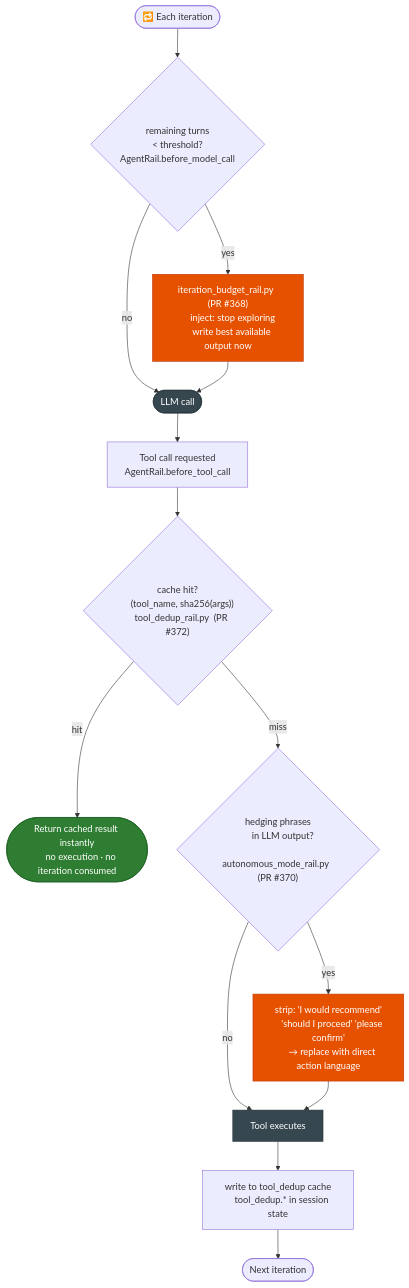
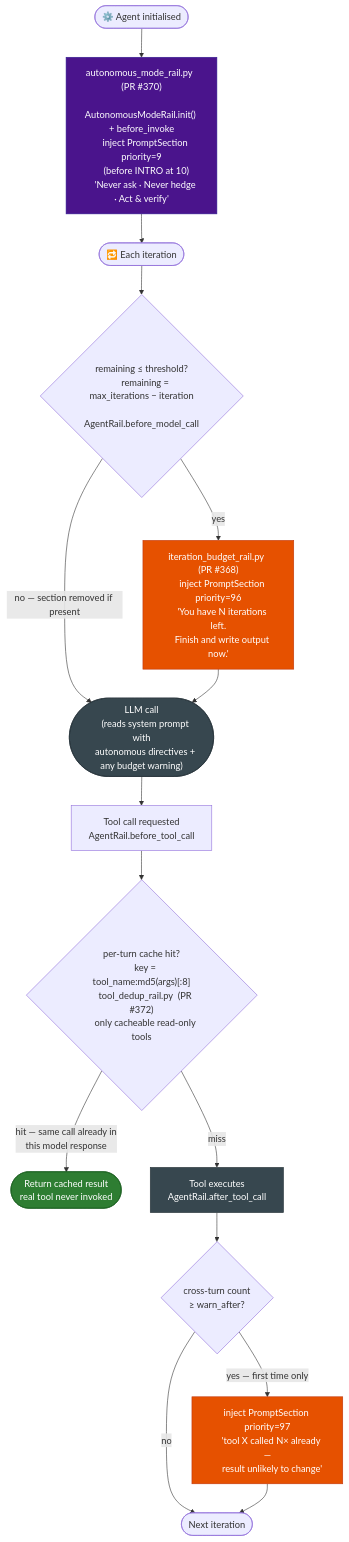
The fourth of 8 diagrams in docs-michael/Implementation.Overview.md (michaelatamuk/openjiuwen-jiuwenswarm), drawn with Mermaid before and after one commit. The commit also changed other lines of this file, not shown here.

````diff
--- a/docs-michael/Implementation.Overview.md
+++ b/docs-michael/Implementation.Overview.md
@@ -686,44 +686,54 @@
 ```mermaid
 flowchart TD
     classDef pre  fill:#E65100,color:#fff,stroke:#BF360C
     classDef done fill:#2E7D32,color:#fff,stroke:#1B5E20
     classDef io   fill:#37474F,color:#fff,stroke:#263238
+    classDef sys  fill:#4A148C,color:#fff,stroke:#311B92
 
-    ITER(["🔁 Each iteration"])
+    INIT(["⚙️ Agent initialised"])
 
-    ITER --> IBA_CHK{"remaining turns
-    < threshold?
+    INIT --> AM["autonomous_mode_rail.py  (PR #370)
+    AutonomousModeRail.init() + before_invoke
+    inject PromptSection priority=9
+    (before INTRO at 10)
+    'Never ask · Never hedge · Act & verify'"]:::sys
+
+    AM --> ITER(["🔁 Each iteration"])
+
+    ITER --> IBA_CHK{"remaining ≤ threshold?
+    remaining = max_iterations − iteration
     AgentRail.before_model_call"}
 
     IBA_CHK -->|"yes"| IBA["iteration_budget_rail.py  (PR #368)
-    inject: stop exploring
-    write best available output now"]:::pre
+    inject PromptSection priority=96
+    'You have N iterations left.
+    Finish and write output now.'"]:::pre
 
-    IBA_CHK -->|"no"| LLM(["LLM call"]):::io
-    IBA --> LLM
+    IBA_CHK -->|"no — section removed if present"| LLM
+    IBA --> LLM(["LLM call
+    (reads system prompt with
+    autonomous directives + any budget warning)"]):::io
 
     LLM --> TOOL_REQ["Tool call requested
     AgentRail.before_tool_call"]
 
-    TOOL_REQ --> DEDUP{"cache hit?
-    (tool_name, sha256(args))
-    tool_dedup_rail.py  (PR #372)"}
+    TOOL_REQ --> DEDUP{"per-turn cache hit?
+    key = tool_name:md5(args)[:8]
+    tool_dedup_rail.py  (PR #372)
+    only cacheable read-only tools"}
 
-    DEDUP -->|"hit"| CACHED(["Return cached result instantly
-    no execution · no iteration consumed"]):::done
+    DEDUP -->|"hit — same call already in
+    this model response"| CACHED(["Return cached result
+    real tool never invoked"]):::done
 
-    DEDUP -->|"miss"| AUTO{"hedging phrases
-    in LLM output?
-    autonomous_mode_rail.py  (PR #370)"}
+    DEDUP -->|"miss"| EXEC["Tool executes
+    AgentRail.after_tool_call"]:::io
 
-    AUTO -->|"yes"| STRIP["strip: 'I would recommend'
-    'should I proceed' 'please confirm'
-    → replace with direct action language"]:::pre
-
-    AUTO -->|"no"| EXEC["Tool executes"]:::io
-    STRIP --> EXEC
-
-    EXEC --> CACHE_WRITE["write to tool_dedup cache
-    tool_dedup.* in session state"]
-    CACHE_WRITE --> NEXT(["Next iteration"])
+    EXEC --> CNT{"cross-turn count
+    ≥ warn_after?"}
+    CNT -->|"yes — first time only"| WARN["inject PromptSection priority=97
+    'tool X called N× already —
+    result unlikely to change'"]:::pre
+    CNT -->|"no"| NEXT
+    WARN --> NEXT(["Next iteration"])
 ```
````
